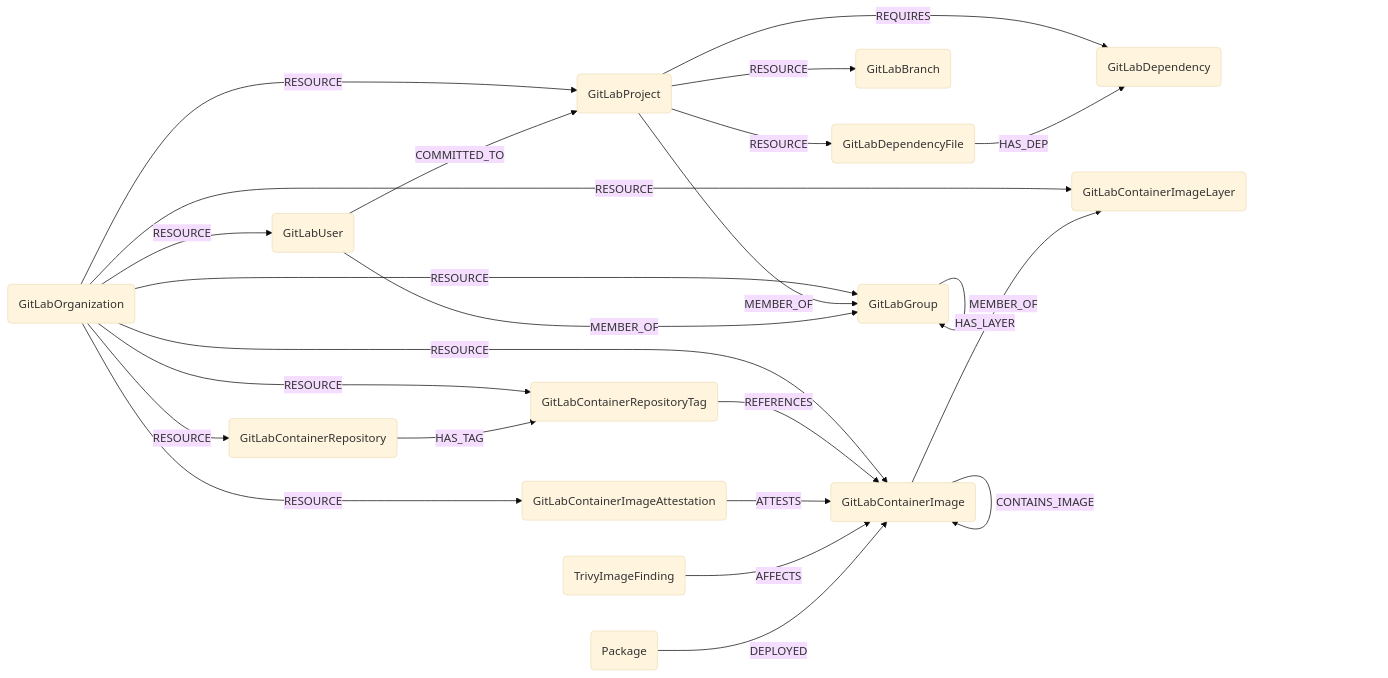
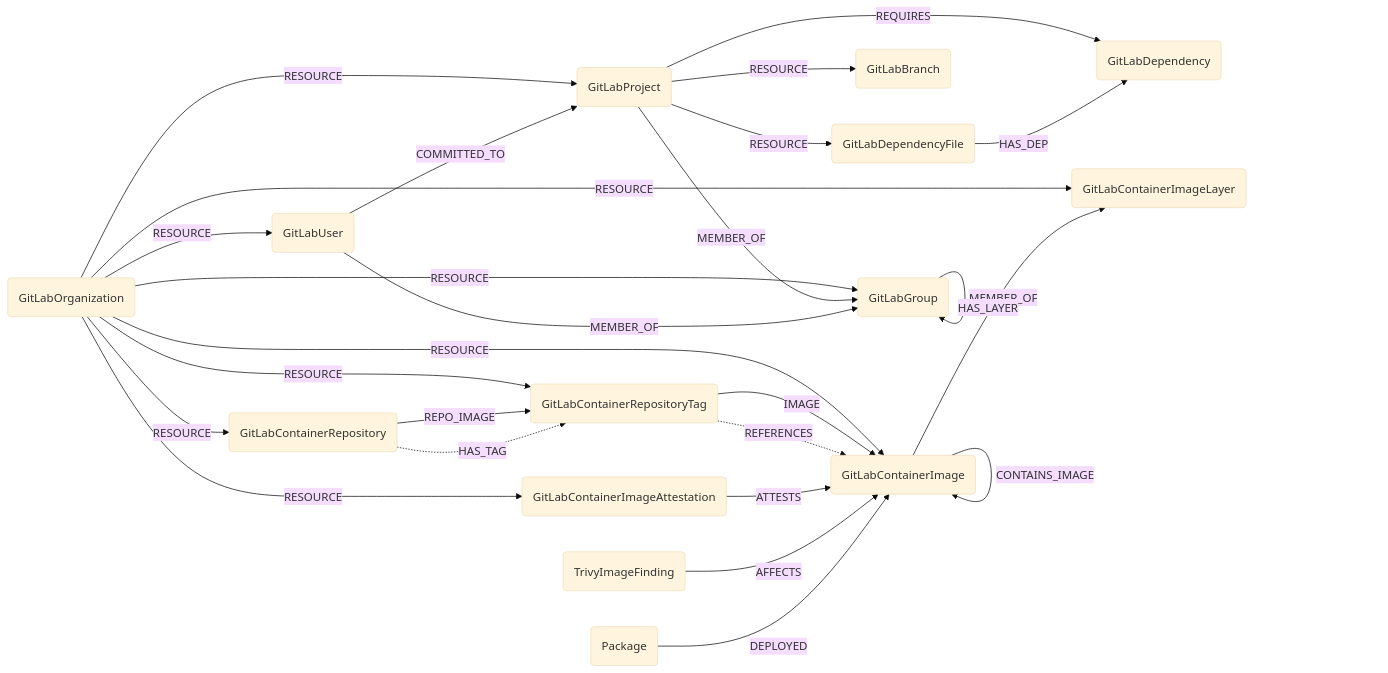
One commit to sec-js/cartography changed the diagram in docs/root/modules/gitlab/schema.md. Above: the diagram before and after it, drawn with Mermaid (base theme). The commit also changed other lines of this file and 54 other files, not shown here.

````diff
--- a/docs/root/modules/gitlab/schema.md
+++ b/docs/root/modules/gitlab/schema.md
@@ -3,31 +3,33 @@
 ```mermaid
 graph LR
 
 O(GitLabOrganization) -- RESOURCE --> G(GitLabGroup)
 O -- RESOURCE --> P(GitLabProject)
 O -- RESOURCE --> U(GitLabUser)
 G -- MEMBER_OF --> G
 P -- MEMBER_OF --> G
 U -- MEMBER_OF --> G
 U -- COMMITTED_TO --> P
 P -- RESOURCE --> B(GitLabBranch)
 P -- RESOURCE --> DF(GitLabDependencyFile)
 P -- REQUIRES --> D(GitLabDependency)
 DF -- HAS_DEP --> D
 
 %% Container Registry
 O -- RESOURCE --> CR(GitLabContainerRepository)
 O -- RESOURCE --> CI(GitLabContainerImage)
 O -- RESOURCE --> CIL(GitLabContainerImageLayer)
 O -- RESOURCE --> CT(GitLabContainerRepositoryTag)
 O -- RESOURCE --> CA(GitLabContainerImageAttestation)
-CR -- HAS_TAG --> CT
-CT -- REFERENCES --> CI
+CR -- REPO_IMAGE --> CT
+CR -. HAS_TAG .-> CT
+CT -- IMAGE --> CI
+CT -. REFERENCES .-> CI
 CI -- CONTAINS_IMAGE --> CI
 CI -- HAS_LAYER --> CIL
 CA -- ATTESTS --> CI
 
 %% Trivy Vulnerability Scanning
 TIF(TrivyImageFinding) -- AFFECTS --> CI
 PKG(Package) -- DEPLOYED --> CI
 ```
````
